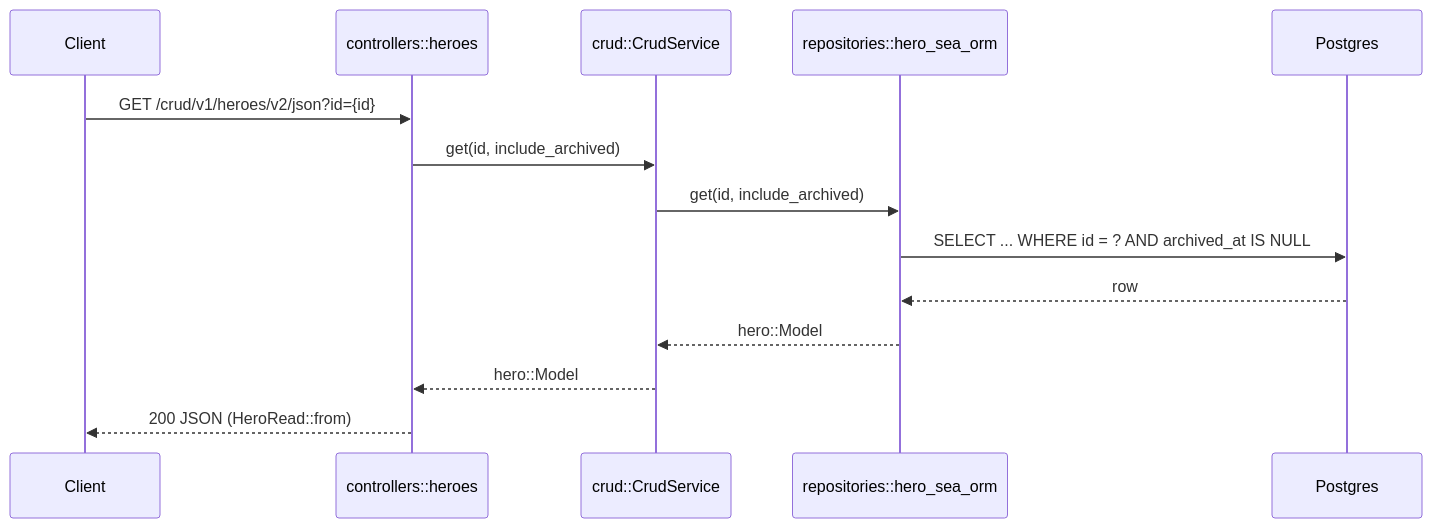
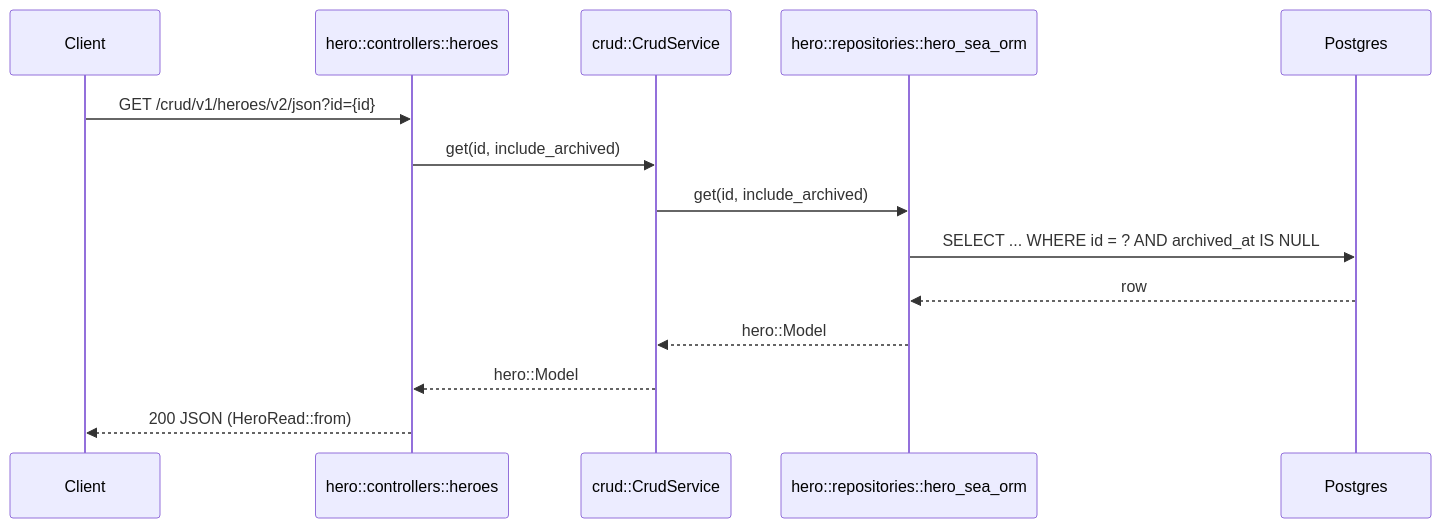
The second of 2 diagrams in src/README.md (craftainer/template-axum), drawn with Mermaid before and after one commit. The commit also changed other lines of this file and 84 other files, not shown here.

````diff
--- a/src/README.md
+++ b/src/README.md
@@ -212,17 +264,17 @@
 ```mermaid
 sequenceDiagram
     participant Client
-    participant Controller as controllers::heroes
+    participant Controller as hero::controllers::heroes
     participant CRUD as crud::CrudService
-    participant Repo as repositories::hero_sea_orm
+    participant Repo as hero::repositories::hero_sea_orm
     participant DB as Postgres
 
     Client->>Controller: GET /crud/v1/heroes/v2/json?id={id}
     Controller->>CRUD: get(id, include_archived)
     CRUD->>Repo: get(id, include_archived)
     Repo->>DB: SELECT ... WHERE id = ? AND archived_at IS NULL
     DB-->>Repo: row
     Repo-->>CRUD: hero::Model
     CRUD-->>Controller: hero::Model
     Controller-->>Client: 200 JSON (HeroRead::from)
 ```
````
